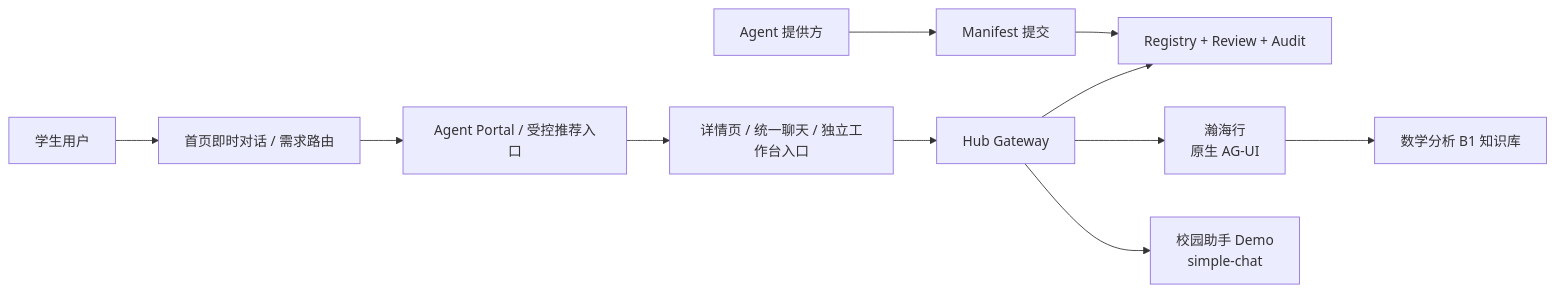
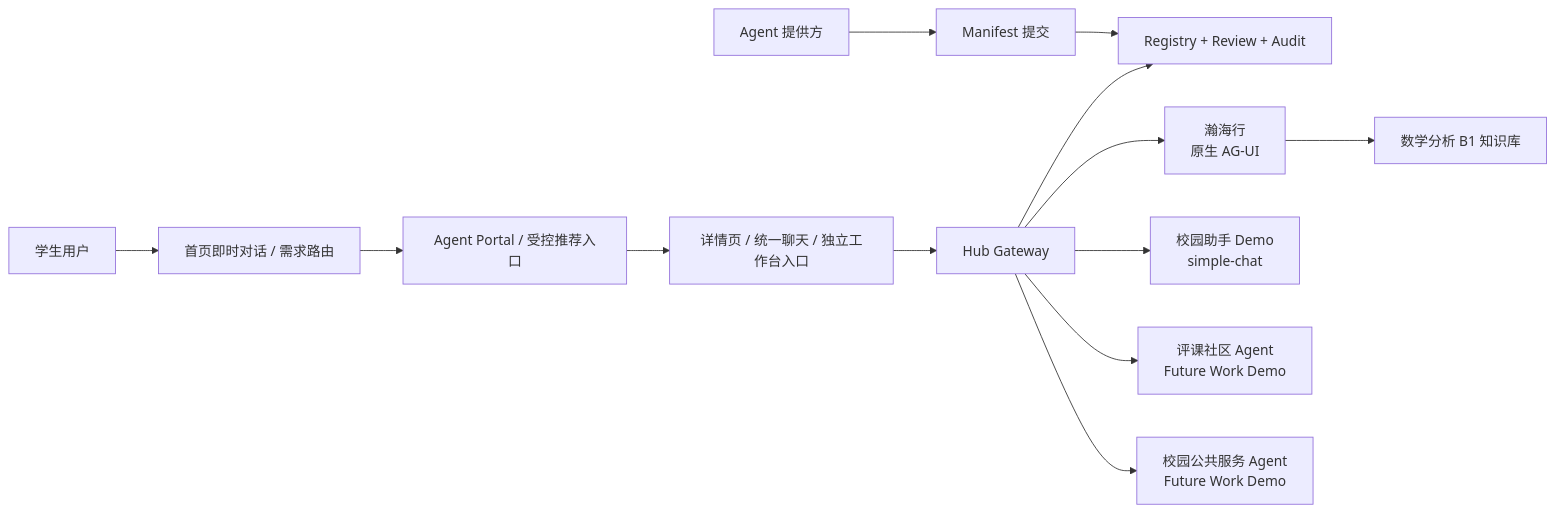
One commit to xytsakura/ai-for-better-life-in-ustc changed the diagram in HUB_FRAMEWORK_SPEC.md. Above: the diagram before and after it, drawn with Mermaid. The commit also changed other lines of this file and 19 other files, not shown here.

Commit message:
feat(hub): add future work campus agent demos

````diff
--- a/HUB_FRAMEWORK_SPEC.md
+++ b/HUB_FRAMEWORK_SPEC.md
@@ -21,13 +21,15 @@
 ```mermaid
 flowchart LR
     U["学生用户"] --> Q["首页即时对话 / 需求路由"]
     Q --> P["Agent Portal / 受控推荐入口"]
     P --> D["详情页 / 统一聊天 / 独立工作台入口"]
     D --> G["Hub Gateway"]
     G --> R["Registry + Review + Audit"]
     G --> H["瀚海行<br/>原生 AG-UI"]
     G --> A["校园助手 Demo<br/>simple-chat"]
+    G --> C["评课社区 Agent<br/>Future Work Demo"]
+    G --> V["校园公共服务 Agent<br/>Future Work Demo"]
     H --> K["数学分析 B1 知识库"]
     Provider["Agent 提供方"] --> S["Manifest 提交"]
     S --> R
 ```
````
